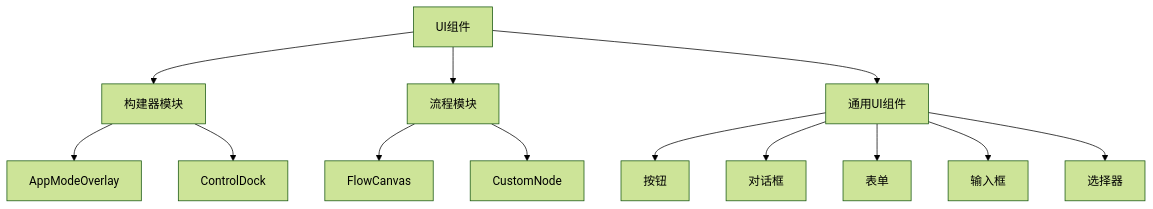
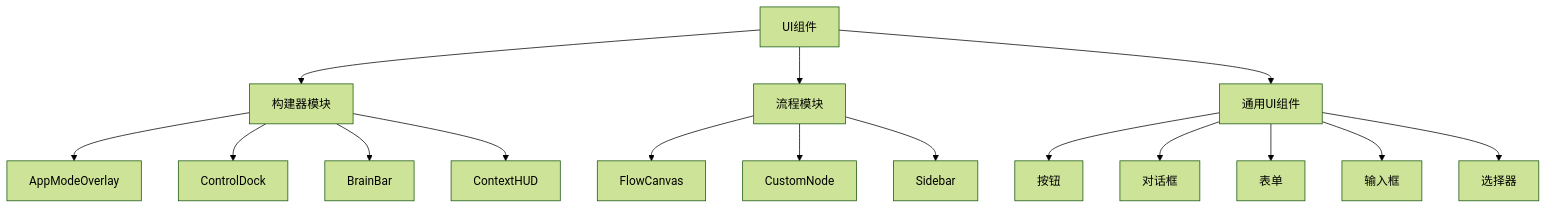
The first of 3 diagrams in .qoder/repowiki/zh/content/UI组件架构/UI组件架构.md (JasperLin2333/Flash-Flow), drawn with Mermaid (forest theme) before and after one commit. The commit also changed other lines of this file and 121 other files, not shown here.

````diff
--- a/.qoder/repowiki/zh/content/UI组件架构/UI组件架构.md
+++ b/.qoder/repowiki/zh/content/UI组件架构/UI组件架构.md
@@ -34,15 +37,18 @@
 ```mermaid
 graph TD
 A[UI组件] --> B[构建器模块]
 A --> C[流程模块]
 A --> D[通用UI组件]
 B --> B1[AppModeOverlay]
 B --> B2[ControlDock]
+B --> B3[BrainBar]
+B --> B4[ContextHUD]
 C --> C1[FlowCanvas]
 C --> C2[CustomNode]
+C --> C3[Sidebar]
 D --> D1[按钮]
 D --> D2[对话框]
 D --> D3[表单]
 D --> D4[输入框]
 D --> D5[选择器]
 ```
````
